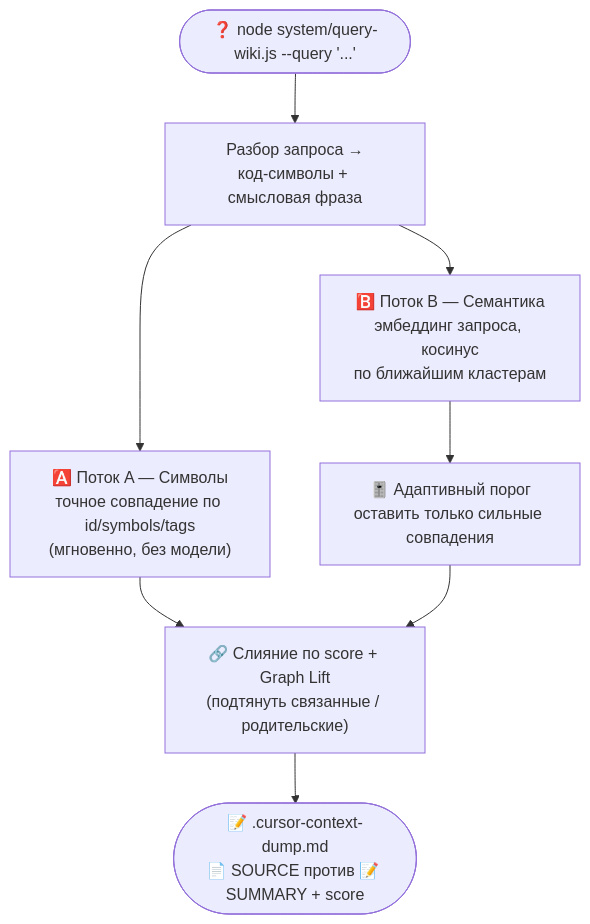
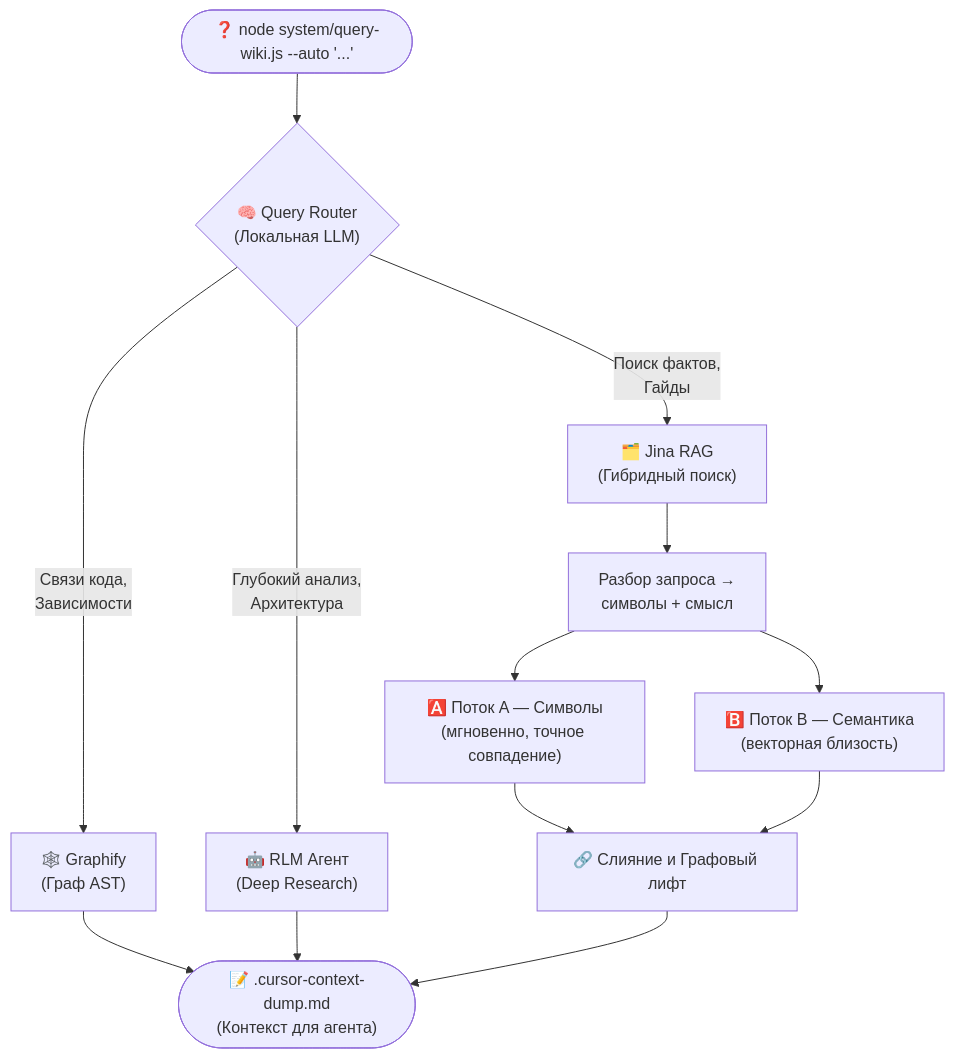
The eighth of 11 diagrams in README.ru.md (gDavASko/DavASkoLLMWiki), drawn with Mermaid before and after one commit. The commit also changed other lines of this file and 21 other files, not shown here.

Commit message:
feat: integrate RLM, Graphify, and Smart Auto-Routing

````diff
--- a/README.ru.md
+++ b/README.ru.md
@@ -196,10 +196,15 @@
 ```mermaid
 flowchart TD
-    Q(["❓ node system/query-wiki.js --query '...'"]) --> P["Разбор запроса →<br/>код-символы + смысловая фраза"]
-    P --> A["🅰️ Поток A — Символы<br/>точное совпадение по id/symbols/tags<br/>(мгновенно, без модели)"]
-    P --> B["🅱️ Поток B — Семантика<br/>эмбеддинг запроса, косинус<br/>по ближайшим кластерам"]
-    B --> T["🎚️ Адаптивный порог<br/>оставить только сильные совпадения"]
-    A --> MERGE["🔗 Слияние по score + Graph Lift<br/>(подтянуть связанные / родительские)"]
-    T --> MERGE
-    MERGE --> DUMP(["📝 .cursor-context-dump.md<br/>📄 SOURCE против 📝 SUMMARY + score"])
+    Q(["❓ node system/query-wiki.js --auto '...'"]) --> ROUTER{"🧠 Query Router<br/>(Локальная LLM)"}
+    
+    ROUTER -->|Связи кода,<br/>Зависимости| G["🕸️ Graphify<br/>(Граф AST)"]
+    ROUTER -->|Глубокий анализ,<br/>Архитектура| RLM["🤖 RLM Агент<br/>(Deep Research)"]
+    ROUTER -->|Поиск фактов,<br/>Гайды| RAG["🗂️ Jina RAG<br/>(Гибридный поиск)"]
+
+    RAG --> P["Разбор запроса →<br/>символы + смысл"]
+    P --> A["🅰️ Поток A — Символы<br/>(мгновенно, точное совпадение)"]
+    P --> B["🅱️ Поток B — Семантика<br/>(векторная близость)"]
+    A & B --> MERGE["🔗 Слияние и Графовый лифт"]
+
+    G & RLM & MERGE --> DUMP(["📝 .cursor-context-dump.md<br/>(Контекст для агента)"])
 ```
````
